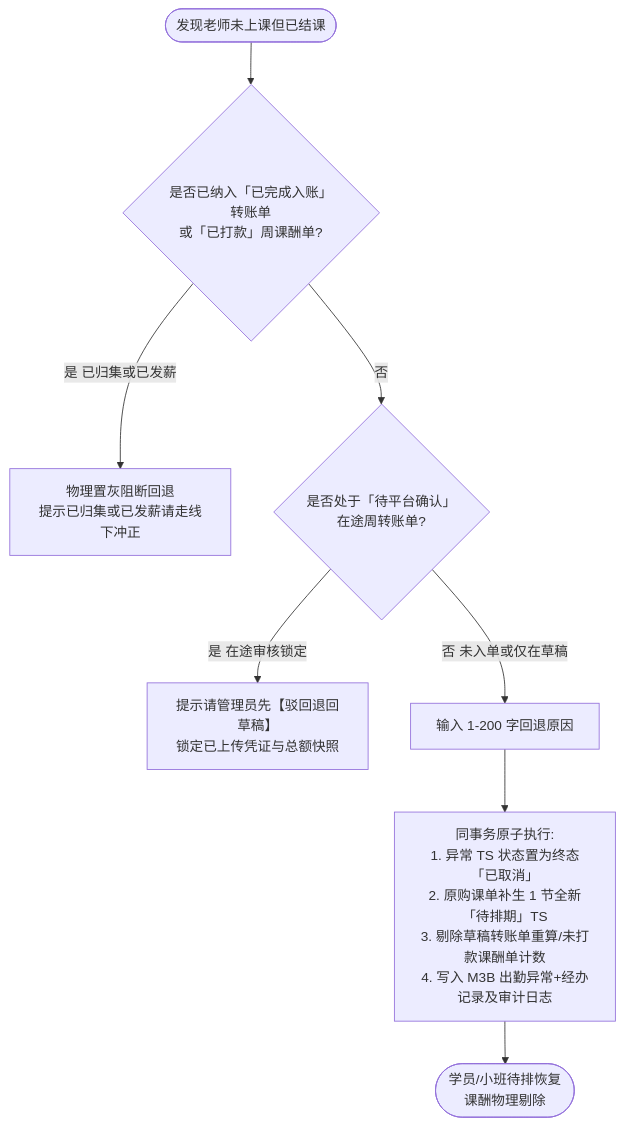
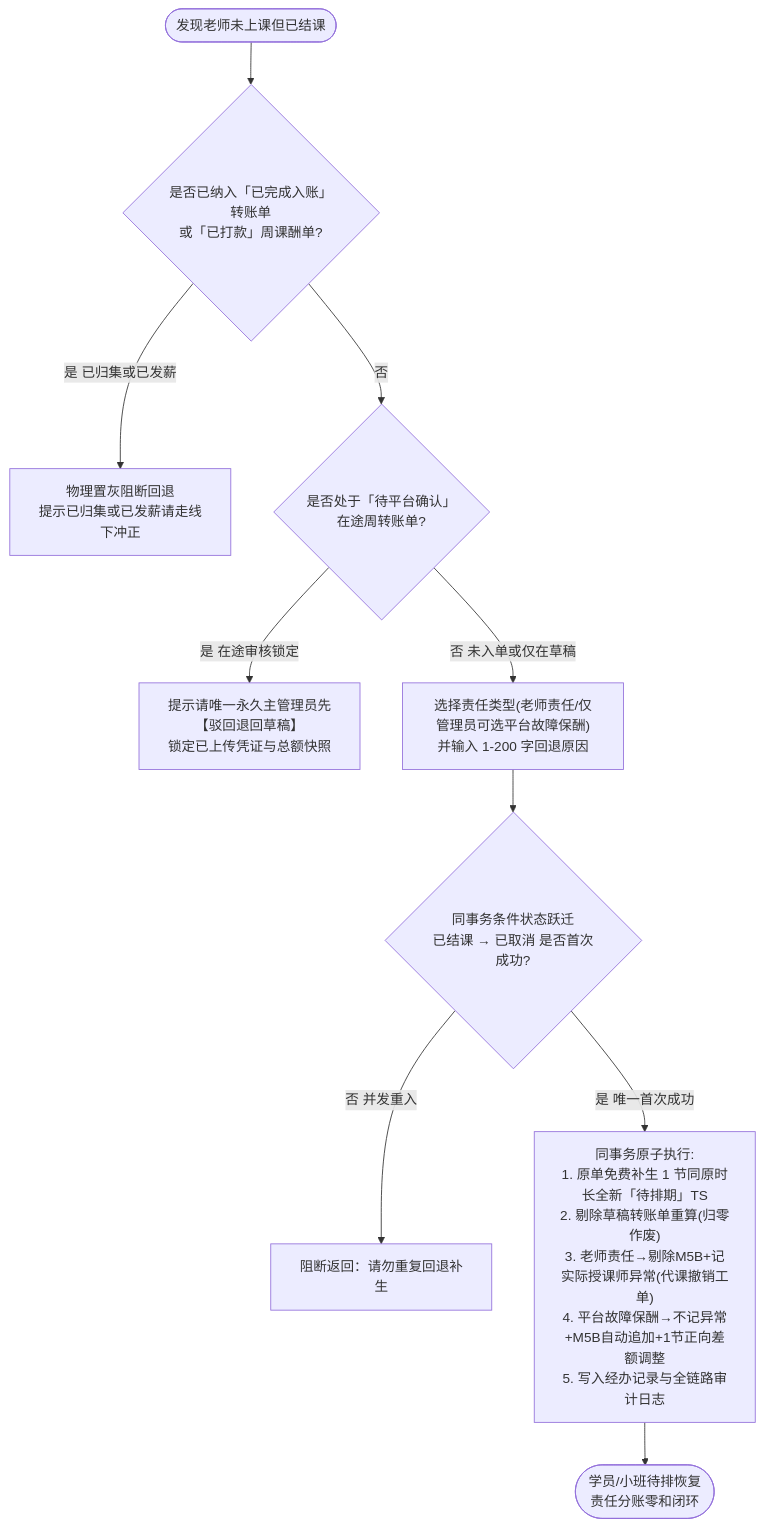
One commit to Onezao/dream changed the third of 5 diagrams in docs/prd/m5a_transfer_collection.md. Above: the diagram before and after it, drawn with Mermaid. The commit also changed other lines of this file and 34 other files, not shown here.

````diff
--- a/docs/prd/m5a_transfer_collection.md
+++ b/docs/prd/m5a_transfer_collection.md
@@ -450,10 +463,12 @@
 ```mermaid
 flowchart TD
     ExStart([发现老师未上课但已结课]) --> CheckSettled{"是否已纳入「已完成入账」转账单\n或「已打款」周课酬单?"}
     CheckSettled -- 是 已归集或已发薪 --> DenyRollback["物理置灰阻断回退\n提示已归集或已发薪请走线下冲正"]
     CheckSettled -- 否 --> CheckPending{"是否处于「待平台确认」\n在途周转账单?"}
-    CheckPending -- 是 在途审核锁定 --> PromptReject["提示请管理员先【驳回退回草稿】\n锁定已上传凭证与总额快照"]
-    CheckPending -- 否 未入单或仅在草稿 --> InputReason[输入 1-200 字回退原因]
-    InputReason --> AtomicRollback["同事务原子执行:\n1. 异常 TS 状态置为终态「已取消」\n2. 原购课单补生 1 节全新「待排期」TS\n3. 剔除草稿转账单重算/未打款课酬单计数\n4. 写入 M3B 出勤异常+经办记录及审计日志"]
-    AtomicRollback --> RollbackEnd([学员/小班待排恢复\n课酬物理剔除])
+    CheckPending -- 是 在途审核锁定 --> PromptReject["提示请唯一永久主管理员先【驳回退回草稿】\n锁定已上传凭证与总额快照"]
+    CheckPending -- 否 未入单或仅在草稿 --> InputReason["选择责任类型(老师责任/仅管理员可选平台故障保酬)\n并输入 1-200 字回退原因"]
+    InputReason --> AtomicGate{"同事务条件状态跃迁\n已结课 → 已取消 是否首次成功?"}
+    AtomicGate -- 否 并发重入 --> RejectDup["阻断返回：请勿重复回退补生"]
+    AtomicGate -- 是 唯一首次成功 --> AtomicRollback["同事务原子执行:\n1. 原单免费补生 1 节同原时长全新「待排期」TS\n2. 剔除草稿转账单重算(归零作废)\n3. 老师责任→剔除M5B+记实际授课师异常(代课撤销工单)\n4. 平台故障保酬→不记异常+M5B自动追加+1节正向差额调整\n5. 写入经办记录与全链路审计日志"]
+    AtomicRollback --> RollbackEnd([学员/小班待排恢复\n责任分账零和闭环])
 ```
````
